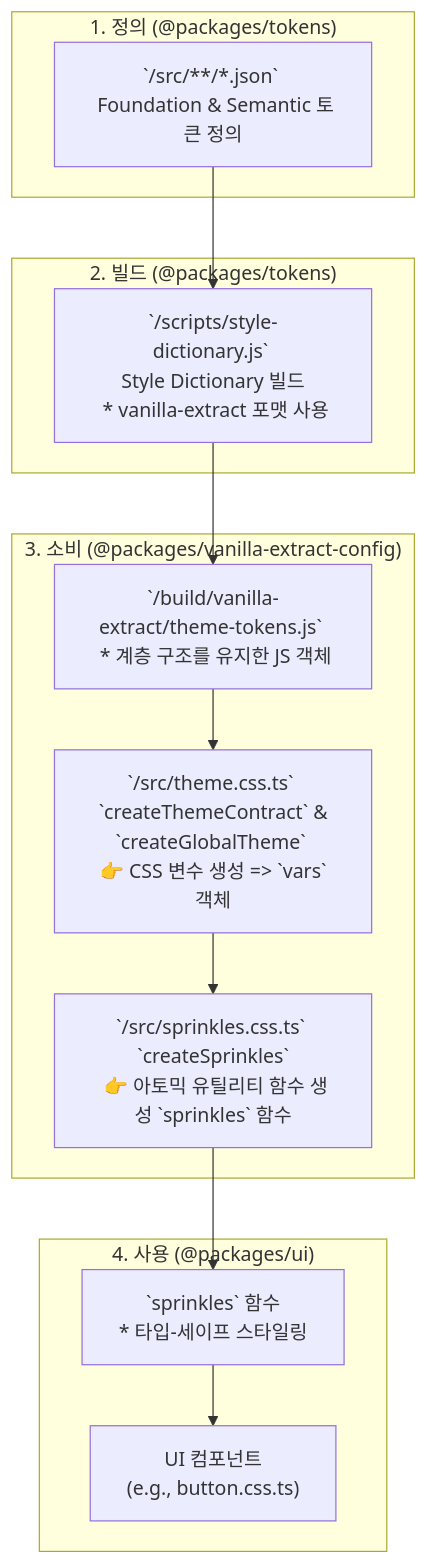
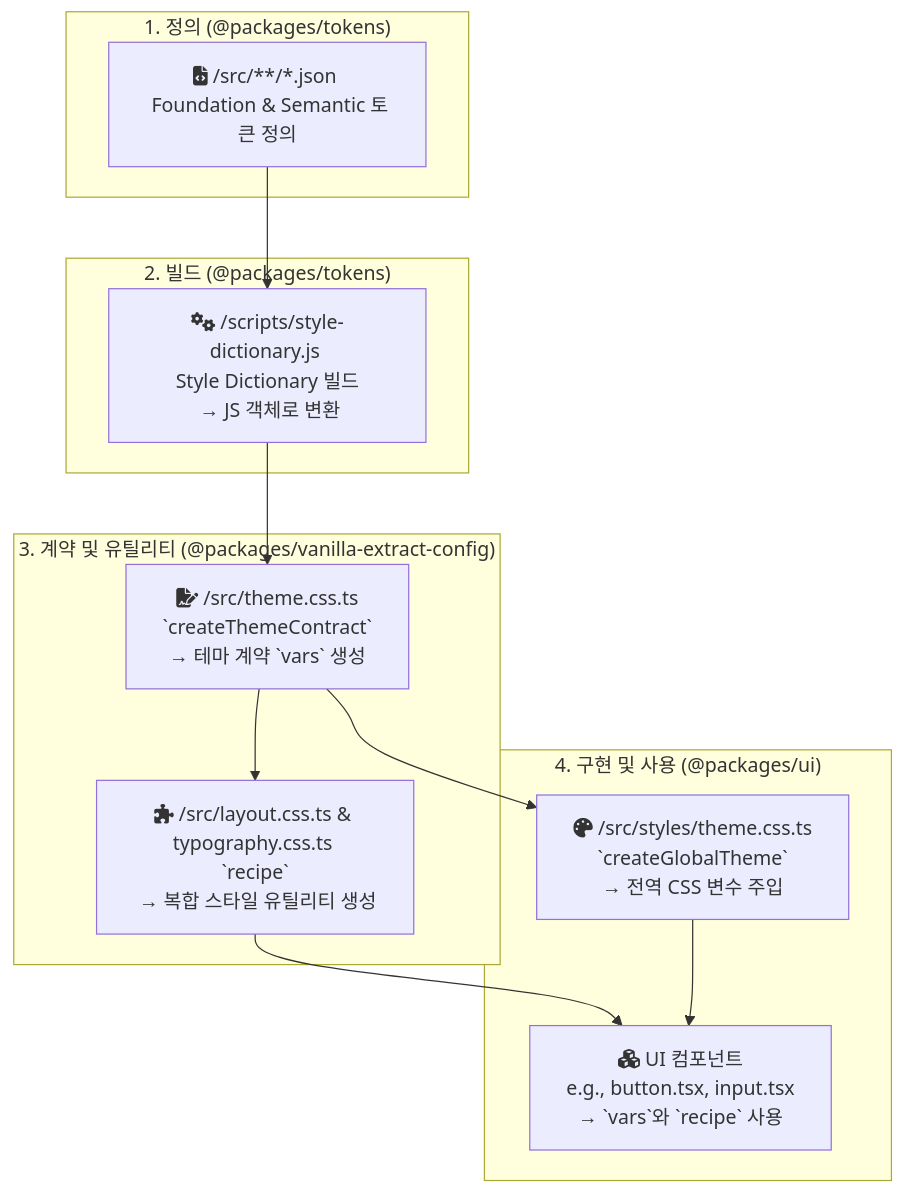
The diagram in docs/design-tokens.md (f-lab-edu/lowcode-generator), drawn with Mermaid before and after one commit. The commit also changed other lines of this file, not shown here.

Commit message:
docs(tokens): 디자인 토큰 변경사항 문서화 반영

````diff
--- a/docs/design-tokens.md
+++ b/docs/design-tokens.md
@@ -344,28 +231,26 @@
 ```mermaid
 graph TD;
     subgraph "1. 정의 (@packages/tokens)"
-        A[`/src/**/*.json` <br> Foundation & Semantic 토큰 정의]
+        A[fa:fa-file-code /src/**/*.json <br> Foundation & Semantic 토큰 정의]
     end
 
     subgraph "2. 빌드 (@packages/tokens)"
-        B[`/scripts/style-dictionary.js` <br> Style Dictionary 빌드 <br> * vanilla-extract 포맷 사용]
+        B[fa:fa-cogs /scripts/style-dictionary.js <br> Style Dictionary 빌드 <br> → JS 객체로 변환]
     end
 
-    subgraph "3. 소비 (@packages/vanilla-extract-config)"
-        C[`/build/vanilla-extract/theme-tokens.js` <br> * 계층 구조를 유지한 JS 객체]
-        D[`/src/theme.css.ts` <br> `createThemeContract` & `createGlobalTheme` <br> 👉 CSS 변수 생성 => `vars` 객체]
-        E[`/src/sprinkles.css.ts` <br> `createSprinkles` <br> 👉 아토믹 유틸리티 함수 생성 `sprinkles` 함수]
+    subgraph "3. 계약 및 유틸리티 (@packages/vanilla-extract-config)"
+        C[fa:fa-file-signature /src/theme.css.ts <br> `createThemeContract` <br> → 테마 계약 `vars` 생성]
+        D[fa:fa-puzzle-piece /src/layout.css.ts & typography.css.ts <br> `recipe` <br> → 복합 스타일 유틸리티 생성]
     end
 
-    subgraph "4. 사용 (@packages/ui)"
-        F[`sprinkles` 함수 <br> * 타입-세이프 스타일링]
-        G["UI 컴포넌트 <br> (e.g., button.css.ts)"]
+    subgraph "4. 구현 및 사용 (@packages/ui)"
+        E[fa:fa-palette /src/styles/theme.css.ts <br> `createGlobalTheme` <br> → 전역 CSS 변수 주입]
+        F[fa:fa-cubes UI 컴포넌트 <br> e.g., button.tsx, input.tsx <br> → `vars`와 `recipe` 사용]
     end
 
     A --> B;
     B --> C;
     C --> D;
-    D --> E;
-    E --> F;
-    F --> G;
+    C --> E;
+    D & E --> F;
 ```
````
